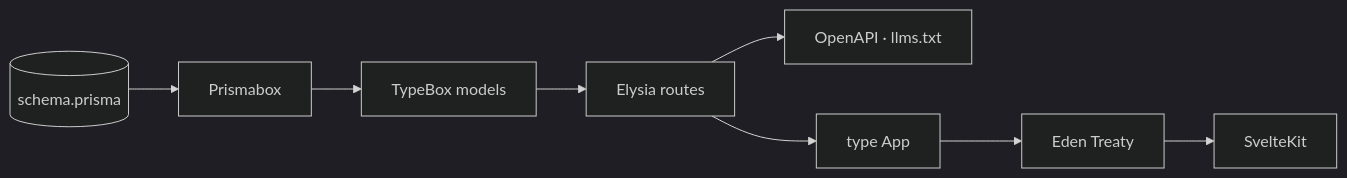
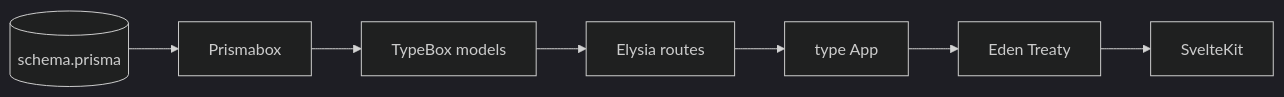
One commit to Deckhandhq/deckhand changed the second of 2 diagrams in README.md. Above: the diagram before and after it, drawn with Mermaid (dark theme). The commit also changed other lines of this file, not shown here.

````diff
--- a/README.md
+++ b/README.md
@@ -53,10 +47,9 @@
 ```mermaid
 flowchart LR
     S[(schema.prisma)] --> PB[Prismabox]
     PB --> TB[TypeBox models]
     TB --> E[Elysia routes]
-    E --> O[OpenAPI · llms.txt]
     E --> A["type App"]
     A --> ET[Eden Treaty]
     ET --> W[SvelteKit]
 ```
````
